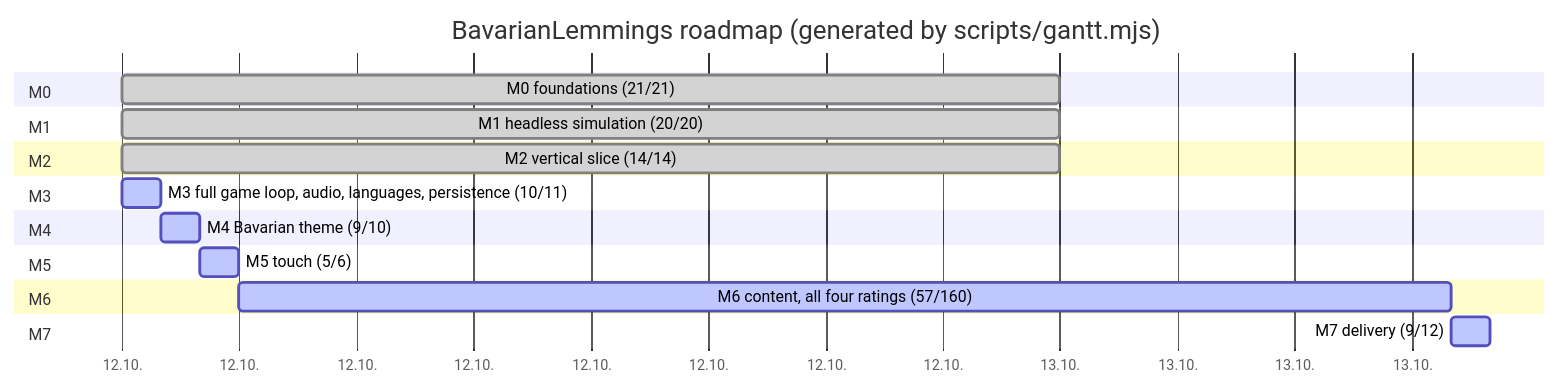
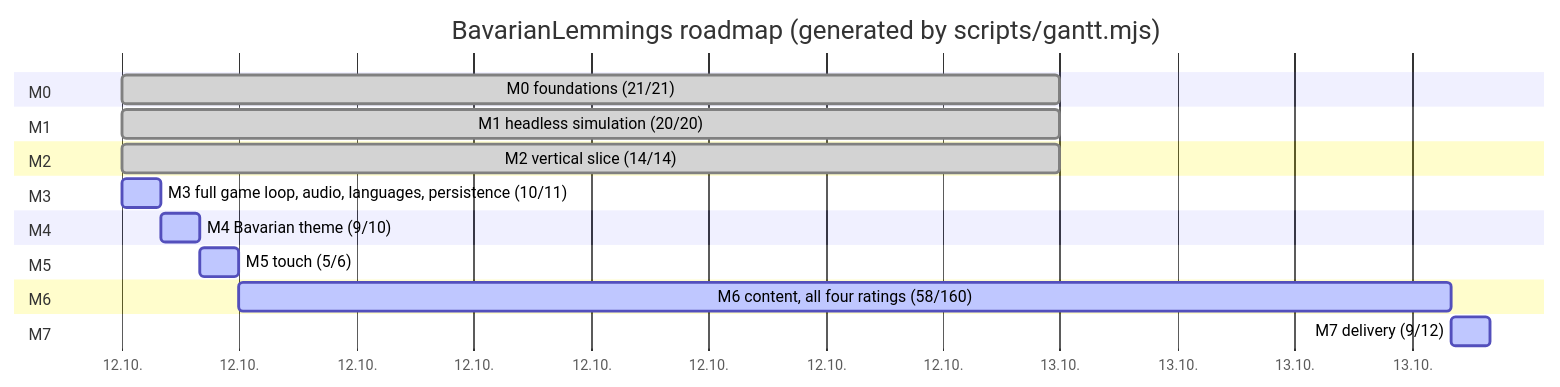
Before and after one commit to marcelpetrick/BavarianLemmings: the diagram in plan.md, drawn with Mermaid. The commit also changed other lines of this file and 4 other files, not shown here.

````diff
--- a/plan.md
+++ b/plan.md
@@ -43,22 +43,22 @@
 ```mermaid
 gantt
     title BavarianLemmings roadmap (generated by scripts/gantt.mjs)
     dateFormat  YYYY-MM-DD
     axisFormat  %d.%m.
     section M0
     M0 foundations (21/21) :done, m0, 2026-10-12, 1d
     section M1
     M1 headless simulation (20/20) :done, m1, 2026-10-12, 1d
     section M2
     M2 vertical slice (14/14) :done, m2, 2026-10-12, 1d
     section M3
     M3 full game loop, audio, languages, persistence (10/11) :active, m3, 2026-10-12, 1h
     section M4
     M4 Bavarian theme (9/10) :active, m4, after m3, 1h
     section M5
     M5 touch (5/6) :active, m5, after m4, 1h
     section M6
-    M6 content, all four ratings (57/160) :active, m6, after m5, 31h
+    M6 content, all four ratings (58/160) :active, m6, after m5, 31h
     section M7
     M7 delivery (9/12) :active, m7, after m6, 1h
 ```
````
